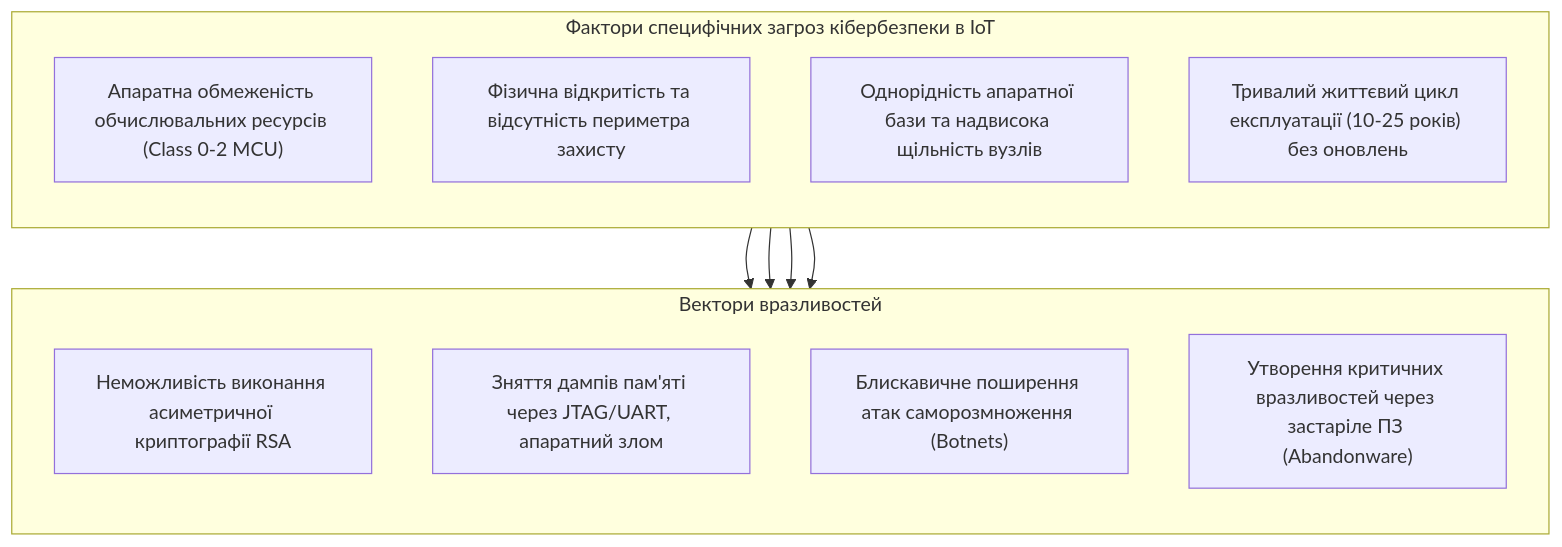
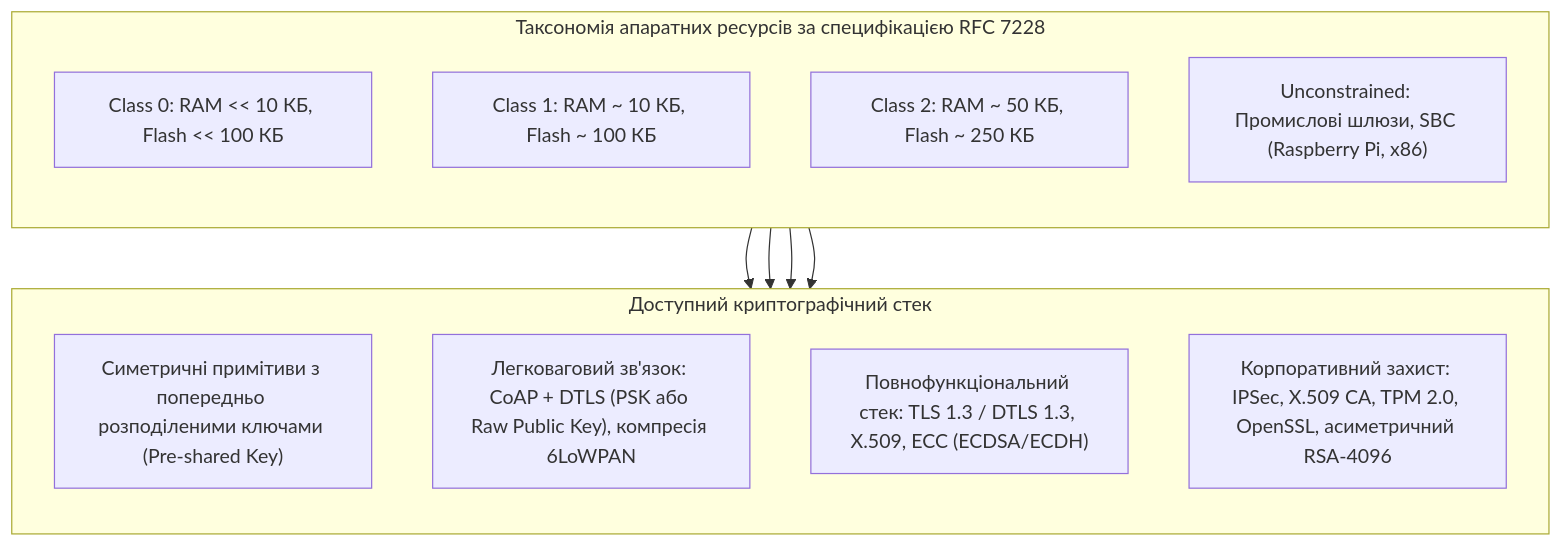
The second of 5 diagrams in docs/lk/lk15.md (KyryloVadurin/iot-technologies), drawn with Mermaid before and after one commit. The commit also changed other lines of this file, not shown here.

````diff
--- a/docs/lk/lk15.md
+++ b/docs/lk/lk15.md
@@ -15,23 +99,23 @@
 ```mermaid
 flowchart TD
-    subgraph IoTSpecificRisks["Фактори специфічних загроз кібербезпеки в IoT"]
+    subgraph RFC7228_Taxonomy["Таксономія апаратних ресурсів за специфікацією RFC 7228"]
         direction TB
-        F1["Апаратна обмеженість обчислювальних ресурсів (Class 0-2 MCU)"]
-        F2["Фізична відкритість та відсутність периметра захисту"]
-        F3["Однорідність апаратної бази та надвисока щільність вузлів"]
-        F4["Тривалий життєвий цикл експлуатації (10-25 років) без оновлень"]
+        C0["Class 0: RAM << 10 КБ, Flash << 100 КБ"]
+        C1["Class 1: RAM ~ 10 КБ, Flash ~ 100 КБ"]
+        C2["Class 2: RAM ~ 50 КБ, Flash ~ 250 КБ"]
+        Rich["Unconstrained: Промислові шлюзи, SBC (Raspberry Pi, x86)"]
     end
 
-    subgraph AttackVectors["Вектори вразливостей"]
+    subgraph CryptoCapabilities["Доступний криптографічний стек"]
         direction TB
-        V1["Неможливість виконання асиметричної криптографії RSA"]
-        V2["Зняття дампів пам'яті через JTAG/UART, апаратний злом"]
-        V3["Блискавичне поширення атак саморозмноження (Botnets)"]
-        V4["Утворення критичних вразливостей через застаріле ПЗ (Abandonware)"]
+        NoCrypto["Симетричні примітиви з попередньо розподіленими ключами (Pre-shared Key)"]
+        LightCrypto["Легковаговий зв'язок: CoAP + DTLS (PSK або Raw Public Key), компресія 6LoWPAN"]
+        FullCrypto["Повнофункціональний стек: TLS 1.3 / DTLS 1.3, X.509, ECC (ECDSA/ECDH)"]
+        RichCrypto["Корпоративний захист: IPSec, X.509 CA, TPM 2.0, OpenSSL, асиметричний RSA-4096"]
     end
 
-    F1 --> V1
-    F2 --> V2
-    F3 --> V3
-    F4 --> V4
+    C0 --> NoCrypto
+    C1 --> LightCrypto
+    C2 --> FullCrypto
+    Rich --> RichCrypto
 ```
````
